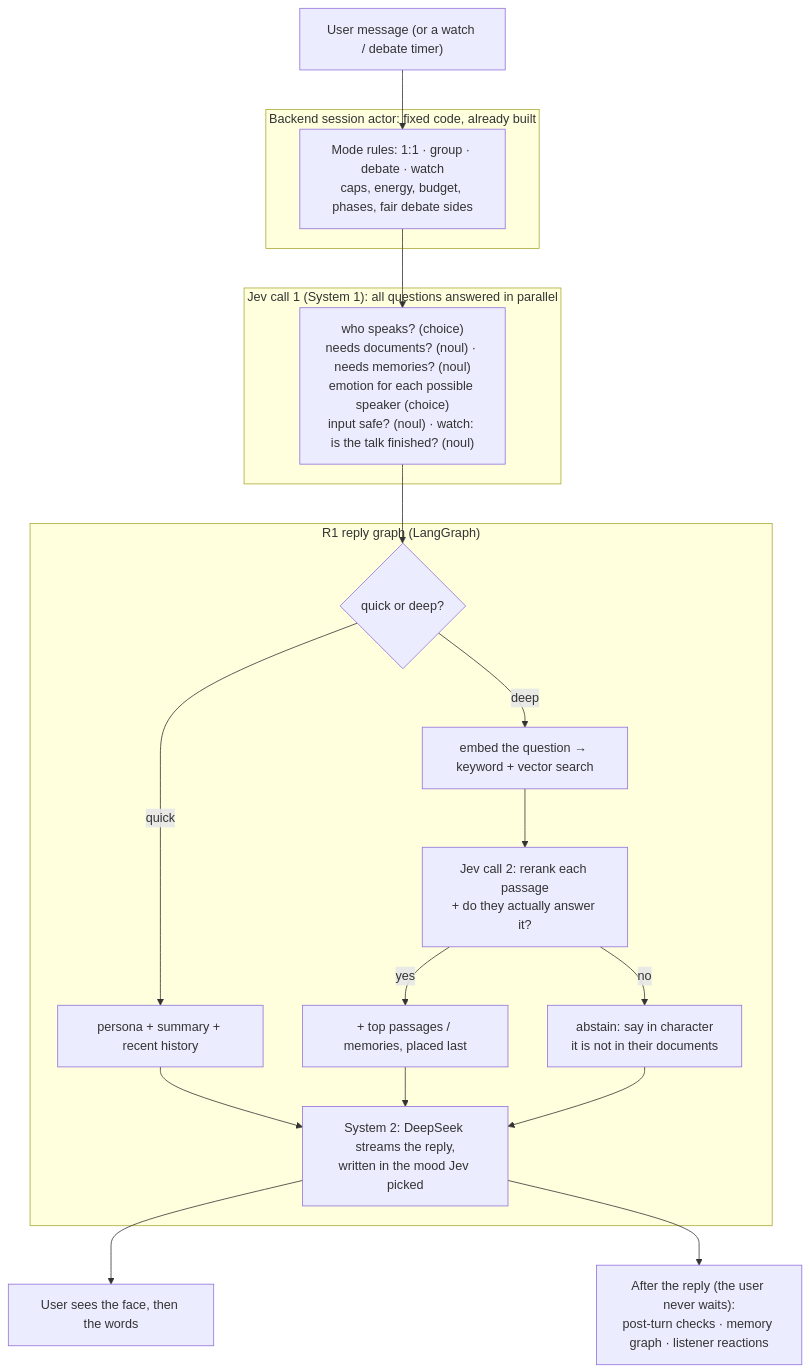
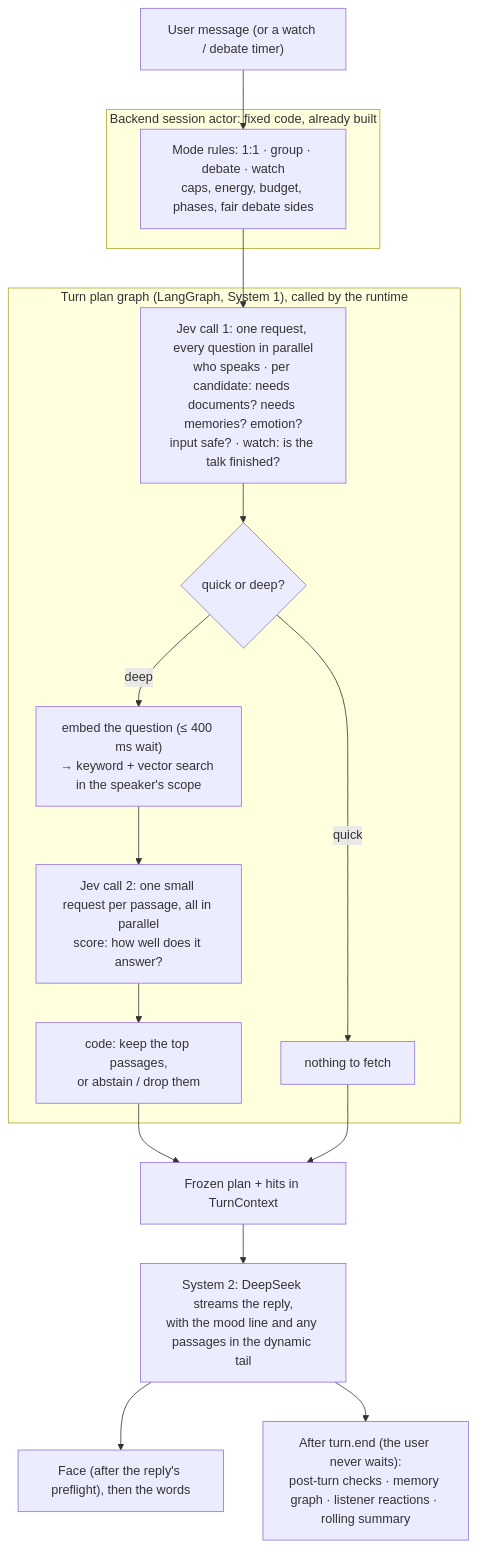
One commit to weihang369/Horizon changed the diagram in docs/ai/01-agent-architecture.md. Above: the diagram before and after it, drawn with Mermaid. The commit also changed other lines of this file, not shown here.

Commit message:
AI design pack: task 1 revised after independent review (turn plan graph keeps D-92, per-passage Jev rerank, fallbacks, debate member rule)

````diff
--- a/docs/ai/01-agent-architecture.md
+++ b/docs/ai/01-agent-architecture.md
@@ -69,25 +89,21 @@
 ```mermaid
 flowchart TD
     U["User message (or a watch / debate timer)"] --> A
     subgraph BACKEND["Backend session actor: fixed code, already built"]
         A["Mode rules: 1:1 · group · debate · watch<br/>caps, energy, budget, phases, fair debate sides"]
     end
-    A --> S1
-    subgraph SYS1["Jev call 1 (System 1): all questions answered in parallel"]
-        S1["who speaks? (choice)<br/>needs documents? (noul) · needs memories? (noul)<br/>emotion for each possible speaker (choice)<br/>input safe? (noul) · watch: is the talk finished? (noul)"]
+    A --> P1
+    subgraph PLAN["Turn plan graph (LangGraph, System 1), called by the runtime"]
+        P1["Jev call 1: one request, every question in parallel<br/>who speaks · per candidate: needs documents? needs memories? emotion?<br/>input safe? · watch: is the talk finished?"]
+        P1 --> G{"quick or deep?"}
+        G -->|deep| E["embed the question (≤ 400 ms wait)<br/>→ keyword + vector search in the speaker's scope"]
+        E --> J2["Jev call 2: one small request per passage, all in parallel<br/>score: how well does it answer?"]
+        J2 --> C["code: keep the top passages,<br/>or abstain / drop them"]
+        G -->|quick| F["nothing to fetch"]
     end
-    S1 --> R1
-    subgraph R1G["R1 reply graph (LangGraph)"]
-        R1{"quick or deep?"}
-        R1 -->|quick| Q["persona + summary + recent history"]
-        R1 -->|deep| E["embed the question → keyword + vector search"]
-        E --> J2["Jev call 2: rerank each passage<br/>+ do they actually answer it?"]
-        J2 -->|"yes"| D["+ top passages / memories, placed last"]
-        J2 -->|"no"| AB["abstain: say in character<br/>it is not in their documents"]
-        Q --> G["System 2: DeepSeek streams the reply,<br/>written in the mood Jev picked"]
-        D --> G
-        AB --> G
-    end
-    G --> SHOW["User sees the face, then the words"]
-    G --> AFTER["After the reply (the user never waits):<br/>post-turn checks · memory graph · listener reactions"]
+    C --> R
+    F --> R
+    R["Frozen plan + hits in TurnContext"] --> DS["System 2: DeepSeek streams the reply,<br/>with the mood line and any passages in the dynamic tail"]
+    DS --> SHOW["Face (after the reply's preflight), then the words"]
+    DS --> AFTER["After turn.end (the user never waits):<br/>post-turn checks · memory graph · listener reactions · rolling summary"]
 ```
````
